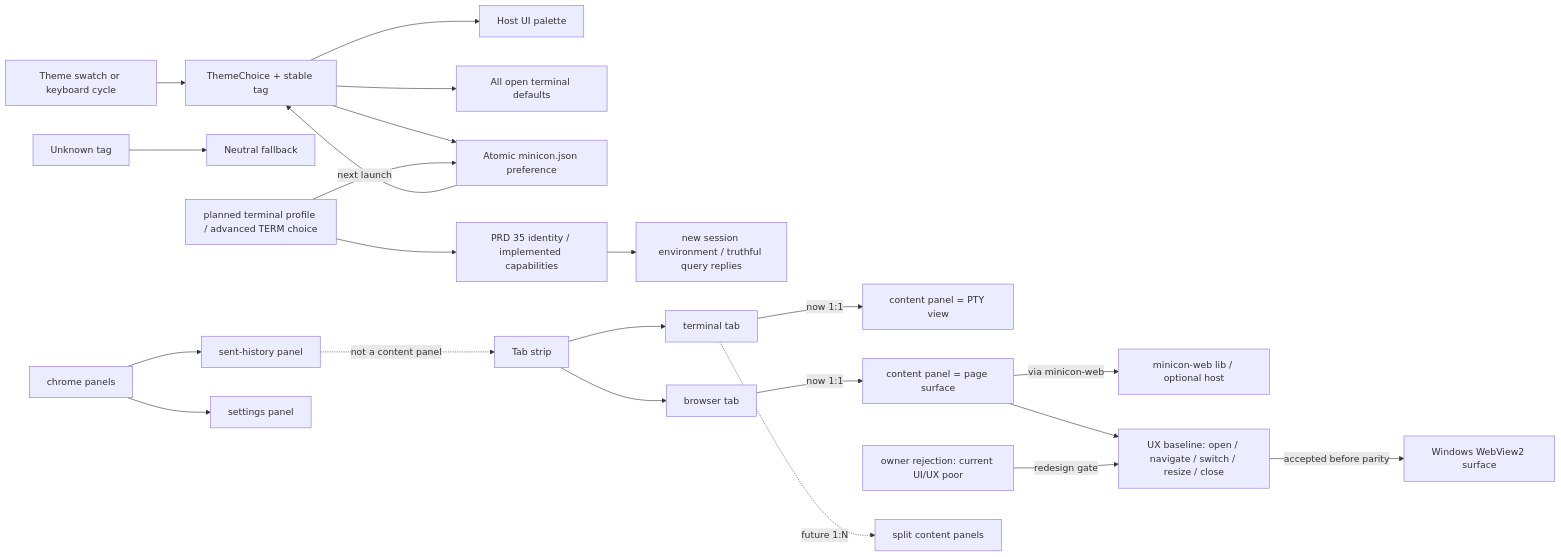
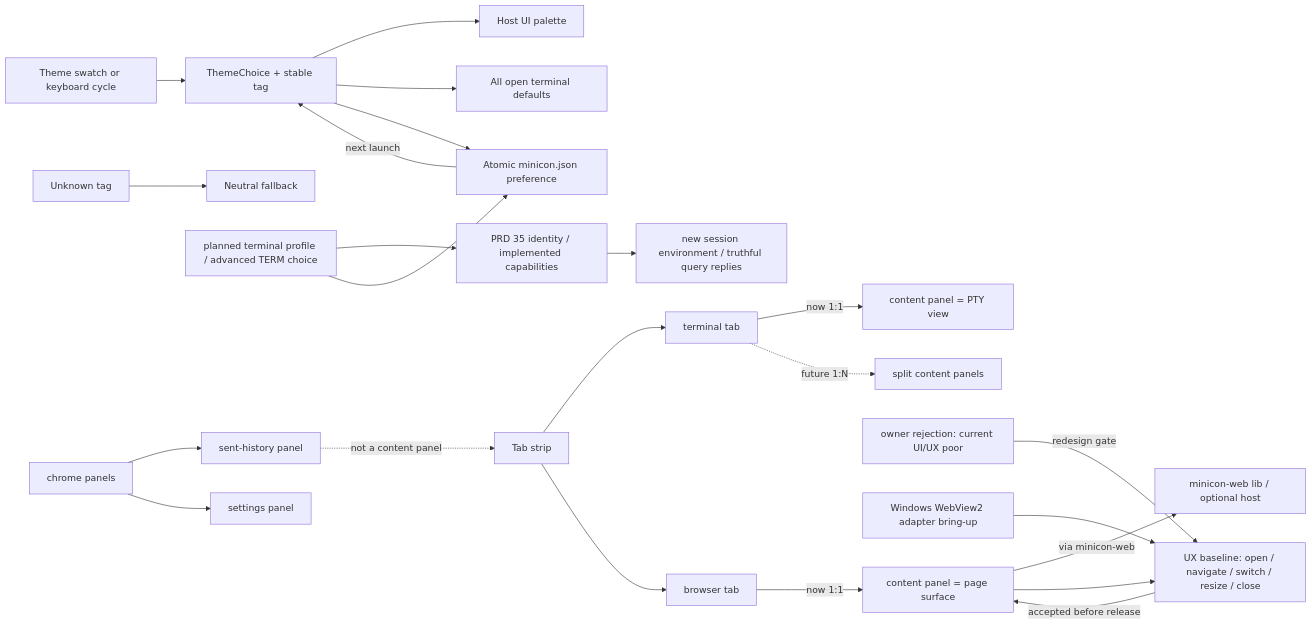
Before and after one commit to partnernetsoftware/minicon: the first of 2 diagrams in prd/PRD_02_25_con_workspace.md, drawn with Mermaid. The commit also changed other lines of this file and 17 other files, not shown here.

````diff
--- a/prd/PRD_02_25_con_workspace.md
+++ b/prd/PRD_02_25_con_workspace.md
@@ -52,24 +52,25 @@
 ```mermaid
 flowchart LR
     Choice["Theme swatch or keyboard cycle"] --> T["ThemeChoice + stable tag"]
     T --> Host["Host UI palette"]
     T --> Tabs["All open terminal defaults"]
     T --> Save["Atomic minicon.json preference"]
     Save -->|next launch| T
     Bad["Unknown tag"] --> Default["Neutral fallback"]
     Term["planned terminal profile / advanced TERM choice"] --> Contract["PRD 35 identity / implemented capabilities"]
     Contract --> Spawn["new session environment / truthful query replies"]
     Term --> Save
     Strip["Tab strip"] --> TermTab["terminal tab"]
     Strip --> BrTab["browser tab"]
     TermTab -->|"now 1:1"| TermCP["content panel = PTY view"]
     BrTab -->|"now 1:1"| BrCP["content panel = page surface"]
     BrCP -->|"via minicon-web"| Web["minicon-web lib / optional host"]
     BrCP --> UX["UX baseline: open / navigate / switch / resize / close"]
     BadUX["owner rejection: current UI/UX poor"] -->|"redesign gate"| UX
-    UX -->|"accepted before parity"| WinWeb["Windows WebView2 surface"]
+    WinWeb["Windows WebView2 adapter bring-up"] --> UX
+    UX -->|"accepted before release"| BrCP
     TermTab -.->|"future 1:N"| Multi["split content panels"]
     Chrome["chrome panels"] --> Hist["sent-history panel"]
     Chrome --> Sett["settings panel"]
     Hist -.->|"not a content panel"| Strip
 ```
````
